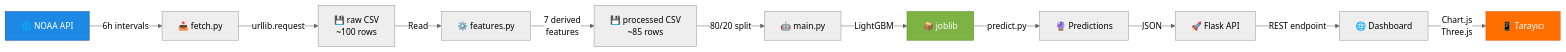
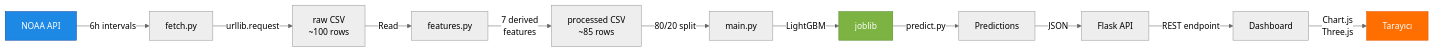
Before and after one commit to Hisimsek1/Perihelion.AI: the eighth of 12 diagrams in docs/ARCHITECTURE.md, drawn with Mermaid (neutral theme). The commit also changed other lines of this file, not shown here.

Commit message:
Remove emojis from architecture diagrams for cleaner documentation

````diff
--- a/docs/ARCHITECTURE.md
+++ b/docs/ARCHITECTURE.md
@@ -408,24 +407,24 @@
 ```mermaid
 graph LR
-    NOAA["🌐 NOAA API"]
+    NOAA["NOAA API"]
     
-    NOAA -->|6h intervals| Fetch["📥 fetch.py"]
-    Fetch -->|urllib.request| RawCSV["💾 raw CSV<br/>~100 rows"]
+    NOAA -->|6h intervals| Fetch["fetch.py"]
+    Fetch -->|urllib.request| RawCSV["raw CSV<br/>~100 rows"]
     
-    RawCSV -->|Read| Features["⚙️ features.py"]
-    Features -->|7 derived<br/>features| ProcessedCSV["💾 processed CSV<br/>~85 rows"]
+    RawCSV -->|Read| Features["features.py"]
+    Features -->|7 derived<br/>features| ProcessedCSV["processed CSV<br/>~85 rows"]
     
-    ProcessedCSV -->|80/20 split| Train["🤖 main.py"]
-    Train -->|LightGBM| Model["📦 joblib"]
+    ProcessedCSV -->|80/20 split| Train["main.py"]
+    Train -->|LightGBM| Model["joblib"]
     
-    Model -->|predict.py| PredService["🔮 Predictions"]
+    Model -->|predict.py| PredService["Predictions"]
     
-    PredService -->|JSON| API["🚀 Flask API"]
-    API -->|REST endpoint| Frontend["🌐 Dashboard"]
+    PredService -->|JSON| API["Flask API"]
+    API -->|REST endpoint| Frontend["Dashboard"]
     
-    Frontend -->|Chart.js<br/>Three.js| Browser["📱 Tarayıcı"]
+    Frontend -->|Chart.js<br/>Three.js| Browser["Tarayıcı"]
     
     style NOAA fill:#1e88e5,stroke:#0d47a1,color:#fff
     style Model fill:#7cb342,stroke:#558b2f,color:#fff
     style Browser fill:#ff6f00,stroke:#e65100,color:#fff
 ```
````
